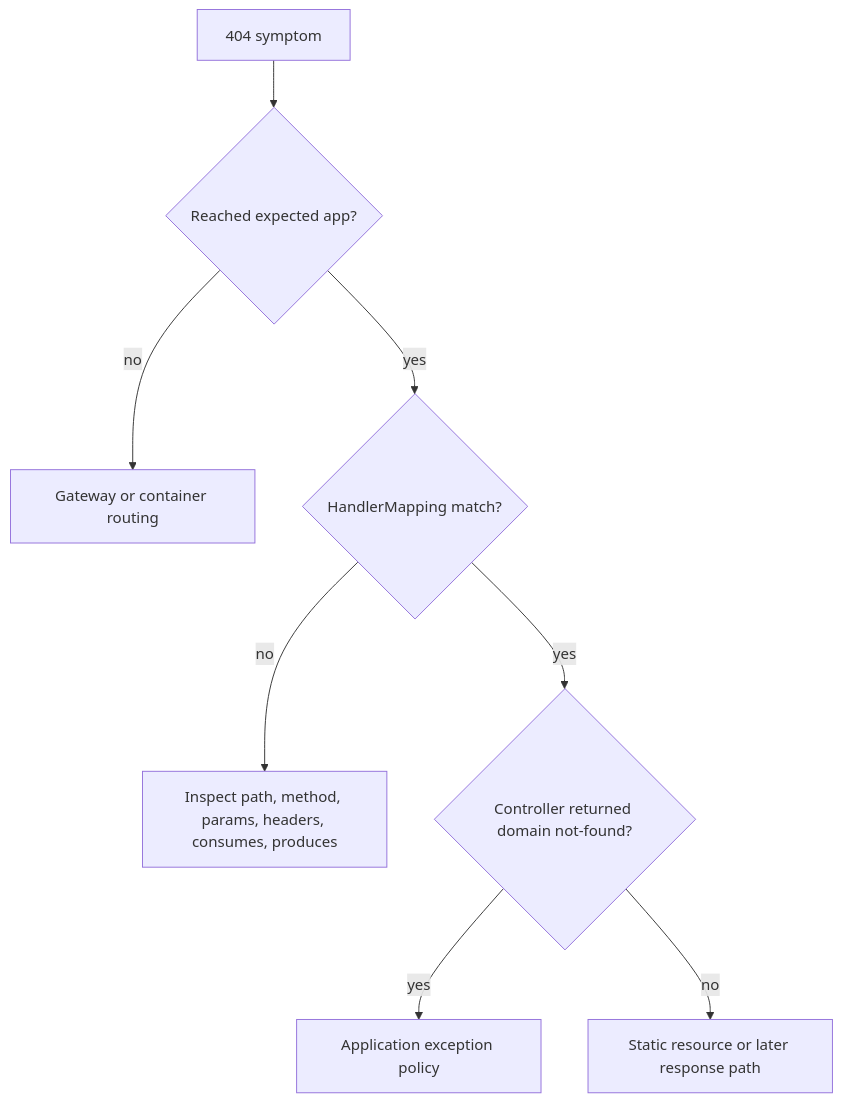
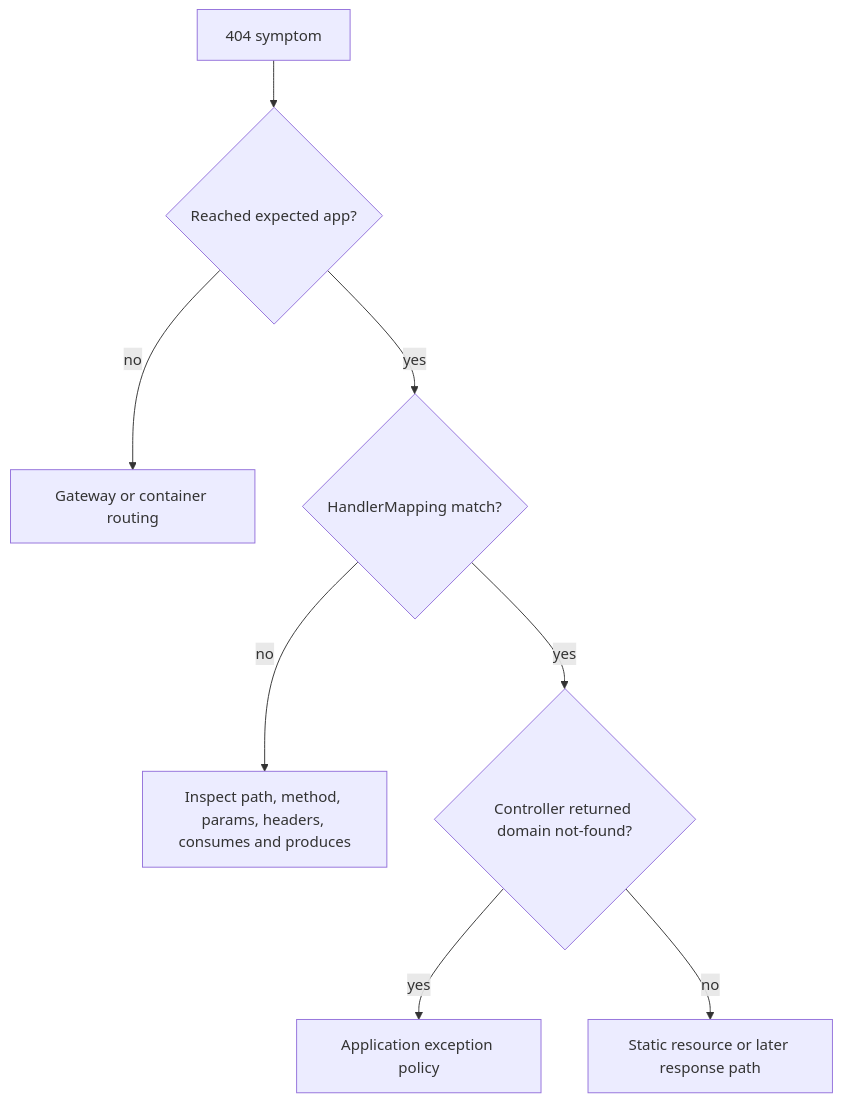
One commit to alimbetov/obsidian changed diagram 28 of 30 in 10_CONCEPTS/Spring/MVC/Spring MVC DispatcherServlet Visual Deep Dive.md. Above: the diagram before and after it, drawn with Mermaid. The commit also changed other lines of this file, not shown here.

Commit message:
fix: render MVC PathVariable diagram

````diff
--- a/10_CONCEPTS/Spring/MVC/Spring MVC DispatcherServlet Visual Deep Dive.md
+++ b/10_CONCEPTS/Spring/MVC/Spring MVC DispatcherServlet Visual Deep Dive.md
@@ -363,10 +363,10 @@
 ```mermaid
 flowchart TD
     R[404 symptom] --> REACH{Reached expected app?}
     REACH -->|no| ROUTE[Gateway or container routing]
     REACH -->|yes| MAP{HandlerMapping match?}
-    MAP -->|no| COND[Inspect path, method, params, headers, consumes, produces]
+    MAP -->|no| COND[Inspect path, method, params, headers, consumes and produces]
     MAP -->|yes| DOMAIN{Controller returned domain not-found?}
     DOMAIN -->|yes| APP[Application exception policy]
     DOMAIN -->|no| RESOURCE[Static resource or later response path]
 ```
````
